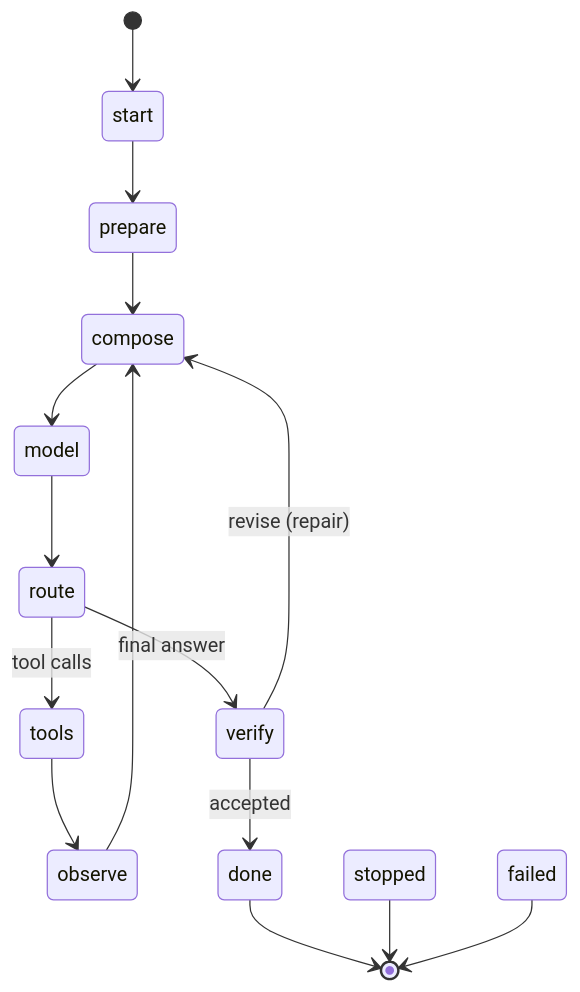
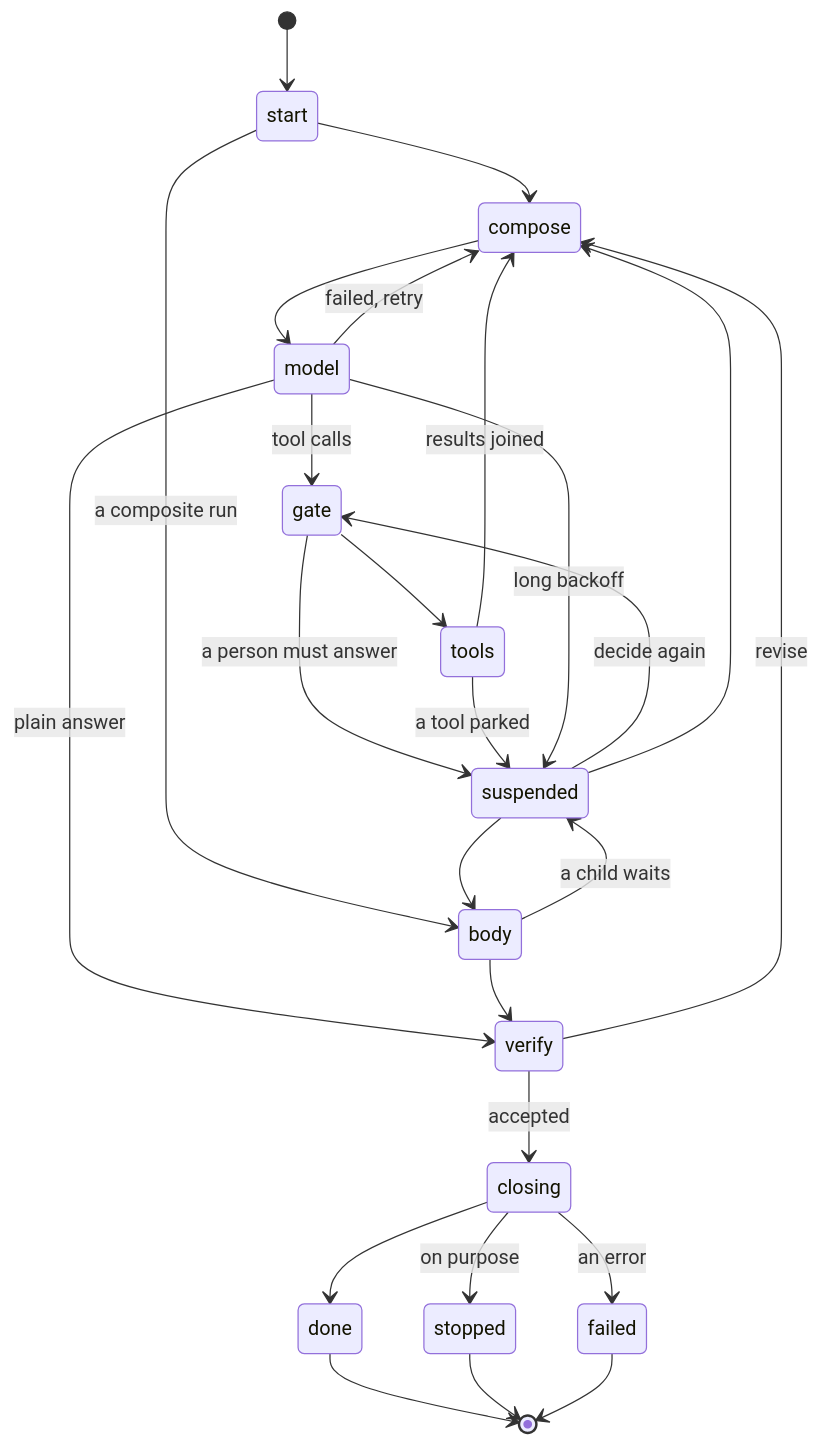
Before and after one commit to ecociel/agent-harness: the diagram in docs/state-machine.md, drawn with Mermaid. The commit also changed other lines of this file and 27 other files, not shown here.

````diff
--- a/docs/state-machine.md
+++ b/docs/state-machine.md
@@ -5,17 +7,28 @@
 ```mermaid
 stateDiagram-v2
   [*] --> start
-  start --> prepare
-  prepare --> compose
+  start --> compose
+  start --> body: a composite run
   compose --> model
-  model --> route
-  route --> tools: tool calls
-  tools --> observe
-  observe --> compose
-  route --> verify: final answer
-  verify --> compose: revise (repair)
-  verify --> done: accepted
+  model --> gate: tool calls
+  model --> verify: plain answer
+  model --> compose: failed, retry
+  gate --> tools
+  tools --> compose: results joined
+  gate --> suspended: a person must answer
+  tools --> suspended: a tool parked
+  model --> suspended: long backoff
+  body --> suspended: a child waits
+  suspended --> gate: decide again
+  suspended --> compose
+  suspended --> body
+  body --> verify
+  verify --> compose: revise
+  verify --> closing: accepted
+  closing --> done
+  closing --> stopped: on purpose
+  closing --> failed: an error
   done --> [*]
   stopped --> [*]
   failed --> [*]
 ```
````
